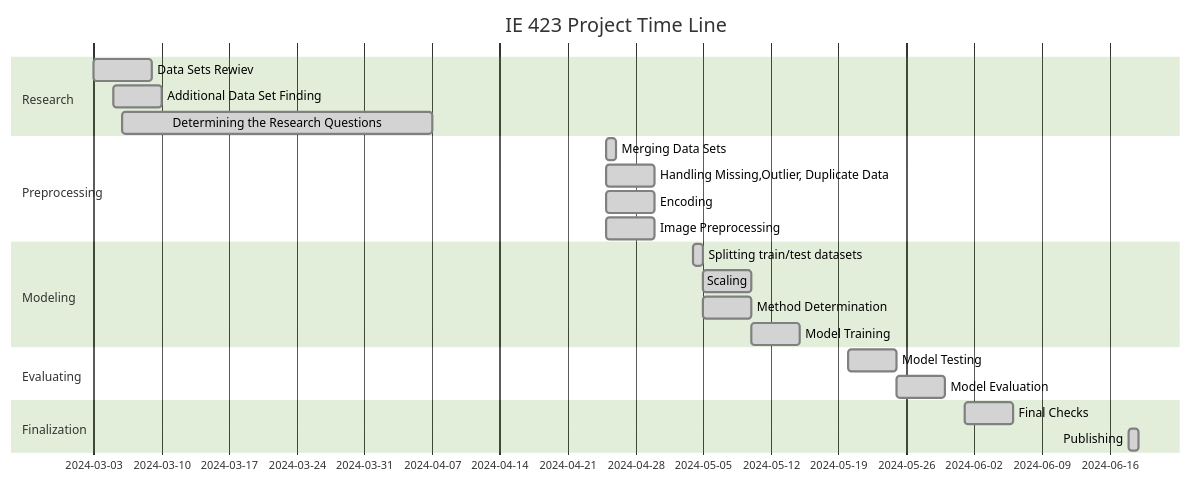
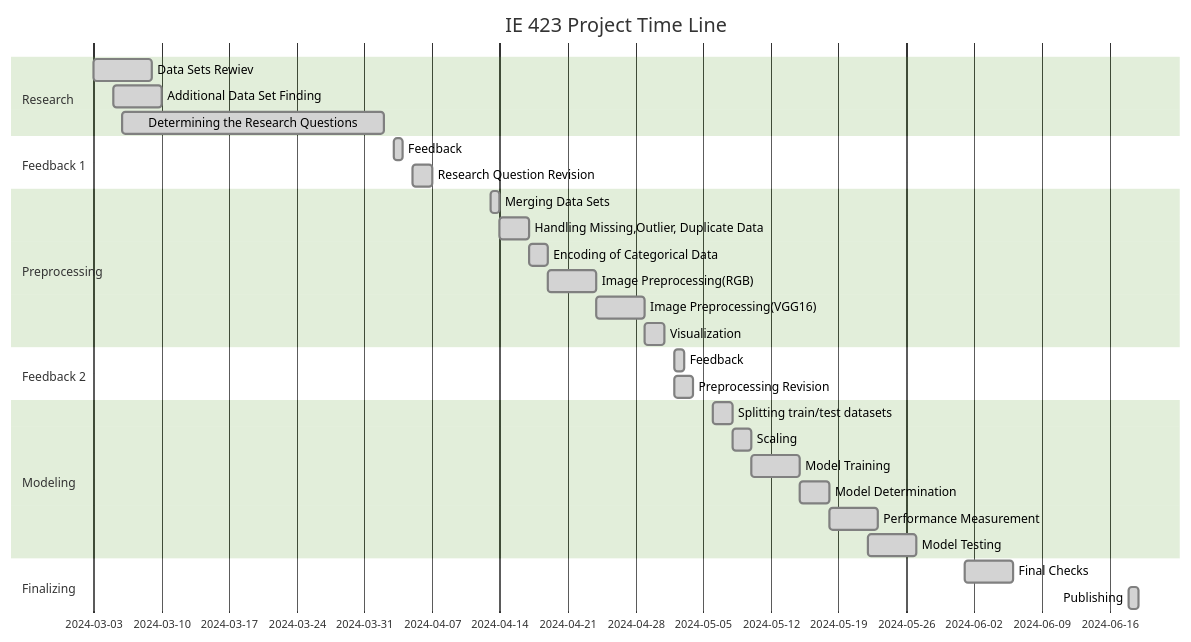
Before and after one commit to BILGI-IE-423/ie423-2024-termproject-ai-world: the diagram in README.md, drawn with Mermaid (forest theme). The commit also changed other lines of this file, not shown here.

````diff
--- a/README.md
+++ b/README.md
@@ -197,34 +197,41 @@
 ```mermaid
 
 gantt
        dateFormat  YYYY-MM-DD
        title IE 423 Project Time Line
 
        section Research
        Data Sets Rewiev                                   :done, des1, 2024-03-03,6d
        Additional Data Set Finding                        :done, des2, 2024-03-05,5d
-       Determining the Research Questions                 :done, des3, 2024-03-06,2024-04-07
+       Determining the Research Questions                 :done, des3, 2024-03-06,2024-04-02
+
+       section Feedback 1
+       Feedback                                           :done, des4, 2024-04-03,1d
+       Research Question Revision                         :done, des5, 2024-04-05,2d
 
        section Preprocessing
-       Merging Data Sets                                  :done, des4, 2024-04-25, 1d
-       Handling Missing,Outlier, Duplicate Data           :done, des5, 2024-04-25, 5d
-       Encoding                                           :done, des6, 2024-04-25, 5d
-       Image Preprocessing                                :done, des7, 2024-04-25, 5d
+       Merging Data Sets                                  :done, des6, 2024-04-13, 1d
+       Handling Missing,Outlier, Duplicate Data           :done, des7, 2024-04-14, 3d
+       Encoding of Categorical Data                       :done, des8, 2024-04-17, 2d
+       Image Preprocessing(RGB)                           :done, des9, 2024-04-19, 5d
+       Image Preprocessing(VGG16)                         :done, des9, 2024-04-24, 5d
+       Visualization                                      :done, des10, 2024-04-29,2d
+
+       section Feedback 2
+       Feedback                                           :done, des11, 2024-05-02,1d
+       Preprocessing Revision                             :done, des12, 2024-05-02,2d
 
        section Modeling
-       Splitting train/test datasets                      :done, des8, 2024-05-04, 1d
-       Scaling                                            :done, des9, 2024-05-05, 5d
-       Method Determination                               :done, des10, 2024-05-05, 5d
-       Model Training                                     :done, des11, 2024-05-10, 5d
-      
+       Splitting train/test datasets                      :done, des11, 2024-05-06, 2d
+       Scaling                                            :done, des12, 2024-05-08, 2d
+       Model Training                                     :done, des13, 2024-05-10, 5d
+       Model Determination                                :done, des14, 2024-05-15, 3d
+       Performance Measurement                            :done, des15, 2024-05-18, 5d
+       Model Testing                                      :done, des16, 2024-05-22, 5d
 
-       section Evaluating
-       Model Testing                                      :done, des12, 2024-05-20,5d
-       Model Evaluation                                   :done, des13, 2024-05-25, 5d
-
-       section Finalization
-       Final Checks                                       :done, des14, 2024-06-01,5d
-       Publishing                                         :done, des15, 2024-06-18, 1d
+       section Finalizing
+       Final Checks                                       :done, des17, 2024-06-01,5d
+       Publishing                                         :done, des18, 2024-06-18, 1d
     
 
 ```
````
